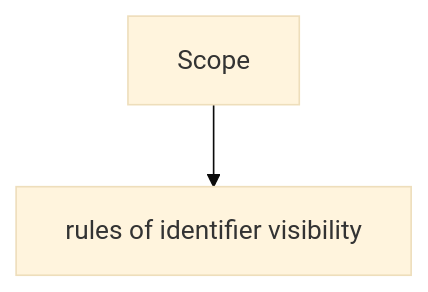
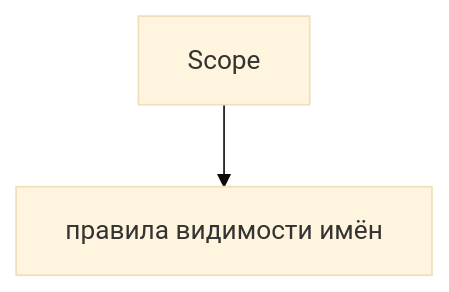
Before and after one commit to Bimba333/qa-js-ts-cookbook: the sixth of 9 diagrams in docs/01-javascript/07-scope.md, drawn with Mermaid (base theme). The commit also changed other lines of this file and 101 other files, not shown here.

````diff
--- a/docs/01-javascript/07-scope.md
+++ b/docs/01-javascript/07-scope.md
@@ -275,6 +275,6 @@
 ```mermaid
 flowchart TD
     N1["Scope"]
-    N2["rules of identifier visibility"]
+    N2["правила видимости имён"]
     N1 --> N2
 ```
````
